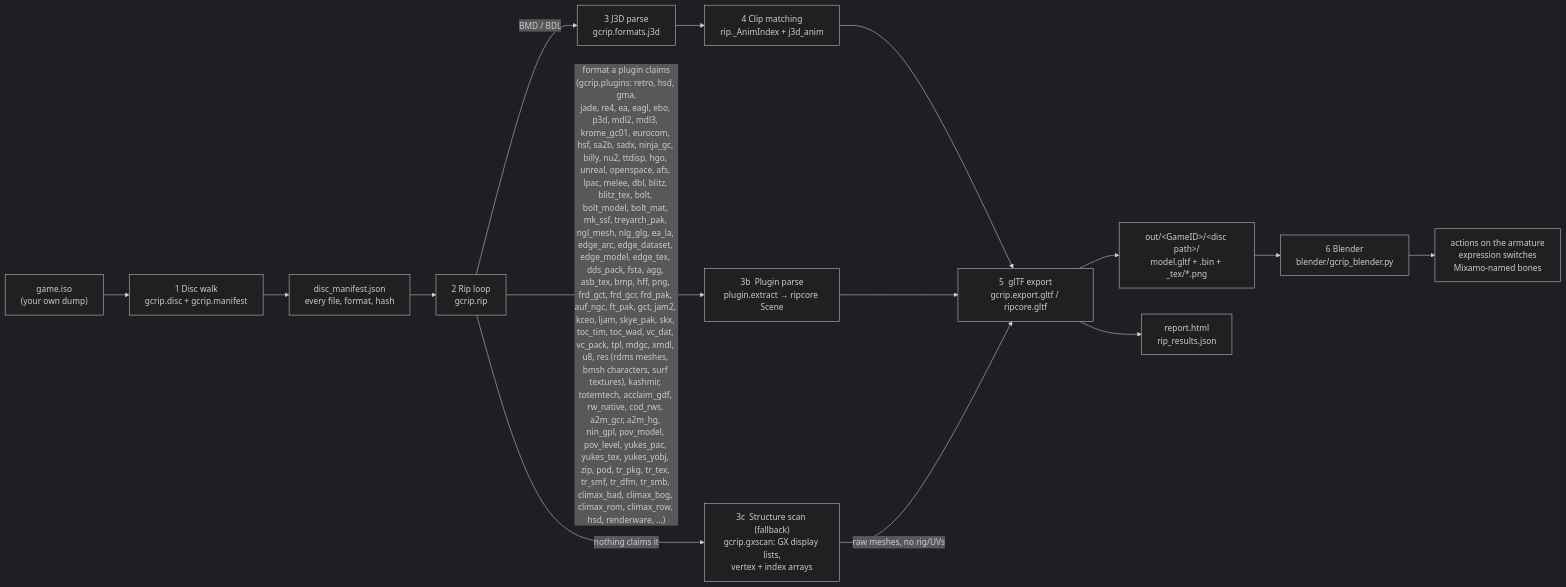
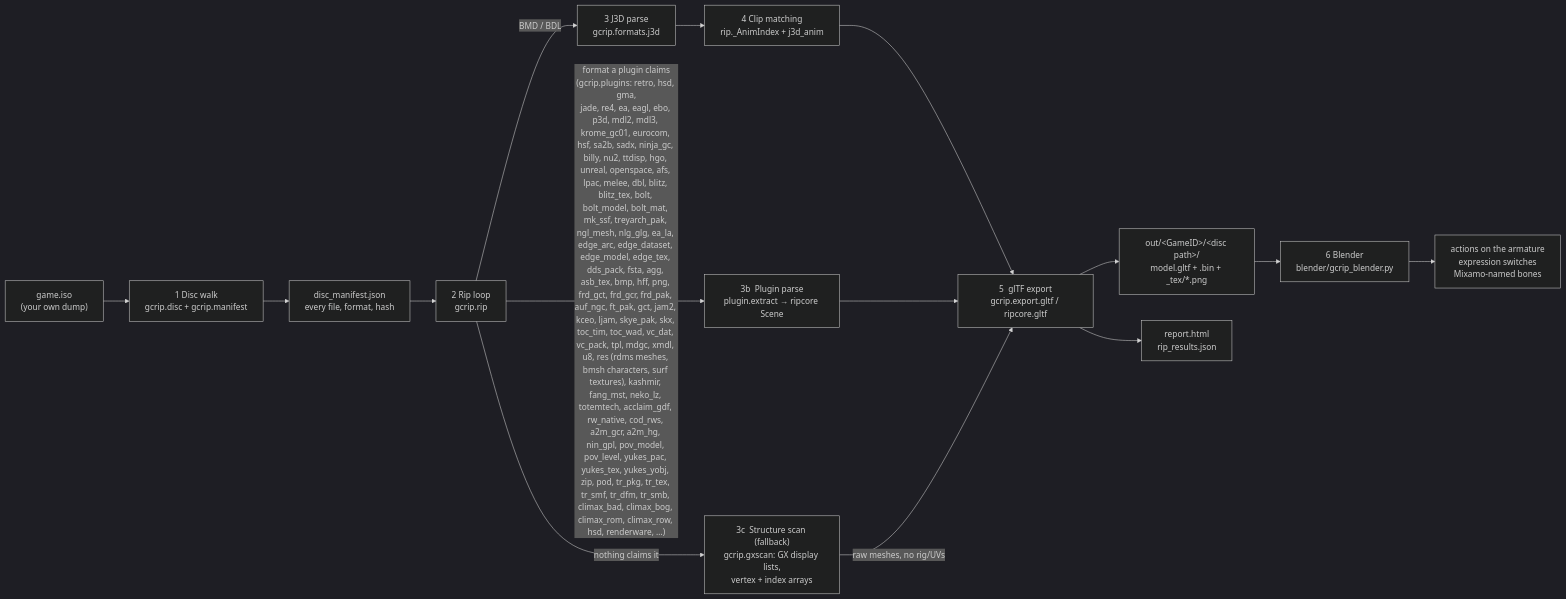
One commit to Felbs/3d-ripper-9000 changed the first of 10 diagrams in docs/PIPELINE.md. Above: the diagram before and after it, drawn with Mermaid (dark theme). The commit also changed 6 other files, not shown here.

Commit message:
gcrip fang_mst: Midway Fang .mst archives (Freaky Flyers) - LZO1X members, .gtx GX textures; models reach the rip through gxscan

````diff
--- a/docs/PIPELINE.md
+++ b/docs/PIPELINE.md
@@ -11,17 +11,17 @@
 ```mermaid
 flowchart LR
     ISO["game.iso<br/>(your own dump)"] --> WALK["1  Disc walk<br/>gcrip.disc + gcrip.manifest"]
     WALK --> MAN["disc_manifest.json<br/>every file, format, hash"]
     MAN --> RIP["2  Rip loop<br/>gcrip.rip"]
     RIP -->|"BMD / BDL"| J3D["3  J3D parse<br/>gcrip.formats.j3d"]
-    RIP -->|"format a plugin claims<br/>(gcrip.plugins: retro, hsd, gma,<br/>jade, re4, ea, eagl, ebo, p3d, mdl2, mdl3, krome_gc01, eurocom, hsf, sa2b, sadx, ninja_gc, billy, nu2, ttdisp, hgo, unreal, openspace, afs, lpac, melee, dbl, blitz, blitz_tex, bolt, bolt_model, bolt_mat, mk_ssf, treyarch_pak, ngl_mesh, nlg_glg, ea_la, edge_arc, edge_dataset, edge_model, edge_tex, dds_pack, fsta, agg, asb_tex, bmp, hff, png, frd_gct, frd_gcr, frd_pak, auf_ngc, ft_pak, gct, jam2, kceo, ljam, skye_pak, skx, toc_tim, toc_wad, vc_dat, vc_pack, tpl, mdgc, xmdl, u8, res (rdms meshes, bmsh characters, surf textures), kashmir, totemtech, acclaim_gdf, rw_native, cod_rws, a2m_gcr, a2m_hg, nin_gpl, pov_model, pov_level, yukes_pac, yukes_tex, yukes_yobj, zip, pod, tr_pkg, tr_tex, tr_smf, tr_dfm, tr_smb, climax_bad, climax_bog, climax_rom, climax_row, hsd, renderware, …)"| PLUG["3b  Plugin parse<br/>plugin.extract → ripcore Scene"]
+    RIP -->|"format a plugin claims<br/>(gcrip.plugins: retro, hsd, gma,<br/>jade, re4, ea, eagl, ebo, p3d, mdl2, mdl3, krome_gc01, eurocom, hsf, sa2b, sadx, ninja_gc, billy, nu2, ttdisp, hgo, unreal, openspace, afs, lpac, melee, dbl, blitz, blitz_tex, bolt, bolt_model, bolt_mat, mk_ssf, treyarch_pak, ngl_mesh, nlg_glg, ea_la, edge_arc, edge_dataset, edge_model, edge_tex, dds_pack, fsta, agg, asb_tex, bmp, hff, png, frd_gct, frd_gcr, frd_pak, auf_ngc, ft_pak, gct, jam2, kceo, ljam, skye_pak, skx, toc_tim, toc_wad, vc_dat, vc_pack, tpl, mdgc, xmdl, u8, res (rdms meshes, bmsh characters, surf textures), kashmir, fang_mst, neko_lz, totemtech, acclaim_gdf, rw_native, cod_rws, a2m_gcr, a2m_hg, nin_gpl, pov_model, pov_level, yukes_pac, yukes_tex, yukes_yobj, zip, pod, tr_pkg, tr_tex, tr_smf, tr_dfm, tr_smb, climax_bad, climax_bog, climax_rom, climax_row, hsd, renderware, …)"| PLUG["3b  Plugin parse<br/>plugin.extract → ripcore Scene"]
     RIP -->|"nothing claims it"| GX["3c  Structure scan (fallback)<br/>gcrip.gxscan: GX display lists,<br/>vertex + index arrays"]
     J3D --> ANIM["4  Clip matching<br/>rip._AnimIndex + j3d_anim"]
     ANIM --> GLTF["5  glTF export<br/>gcrip.export.gltf / ripcore.gltf"]
     PLUG --> GLTF
     GX -->|"raw meshes, no rig/UVs"| GLTF
     GLTF --> OUT["out/&lt;GameID&gt;/&lt;disc path&gt;/<br/>model.gltf + .bin + _tex/*.png"]
     GLTF --> REP["report.html<br/>rip_results.json"]
     OUT --> BL["6  Blender<br/>blender/gcrip_blender.py"]
     BL --> PLAY["actions on the armature<br/>expression switches<br/>Mixamo-named bones"]
 ```
````
